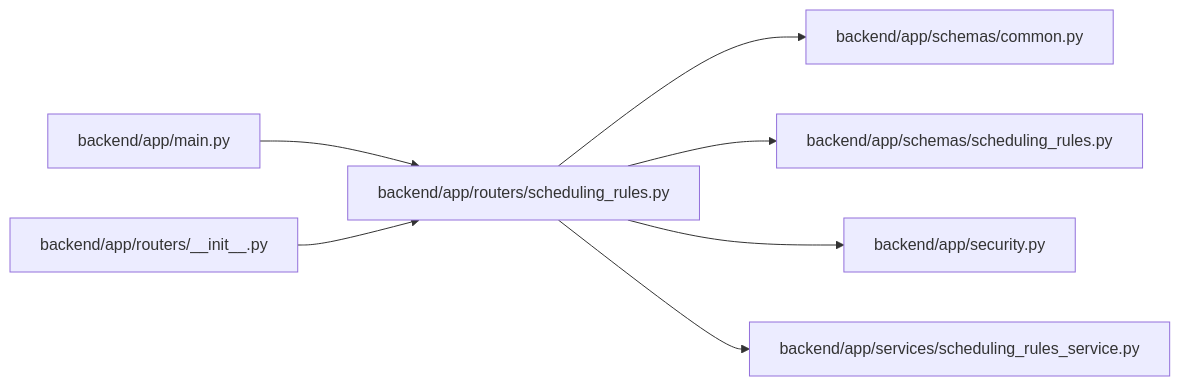
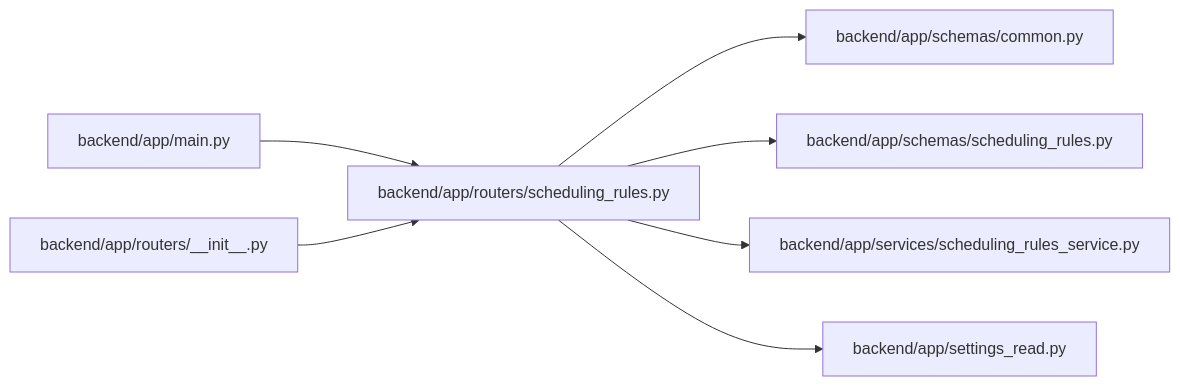
One commit to Denissvgn/WorkChord changed the diagram in docs/llm_wiki/modules/routers_scheduling_rules.md. Above: the diagram before and after it, drawn with Mermaid. The commit also changed other lines of this file and 524 other files, not shown here.

````diff
--- a/docs/llm_wiki/modules/routers_scheduling_rules.md
+++ b/docs/llm_wiki/modules/routers_scheduling_rules.md
@@ -23,23 +23,23 @@
 ```mermaid
 flowchart LR
     n0["backend/app/main.py"]
     n1["backend/app/routers/__init__.py"]
     n2["backend/app/routers/scheduling_rules.py"]
     n3["backend/app/schemas/common.py"]
     n4["backend/app/schemas/scheduling_rules.py"]
-    n5["backend/app/security.py"]
-    n6["backend/app/services/scheduling_rules_service.py"]
+    n5["backend/app/services/scheduling_rules_service.py"]
+    n6["backend/app/settings_read.py"]
     n0 --> n2
     n1 --> n2
     n2 --> n3
     n2 --> n4
     n2 --> n5
     n2 --> n6
     click n0 "../modules/app_main.md"
     click n1 "../modules/routers___init__.md"
     click n2 "../modules/routers_scheduling_rules.md"
     click n3 "../modules/schemas_common.md"
     click n4 "../modules/schemas_scheduling_rules.md"
-    click n5 "../modules/security.md"
-    click n6 "../modules/scheduling_rules_service.md"
+    click n5 "../modules/scheduling_rules_service.md"
+    click n6 "../modules/settings_read.md"
 ```
````
